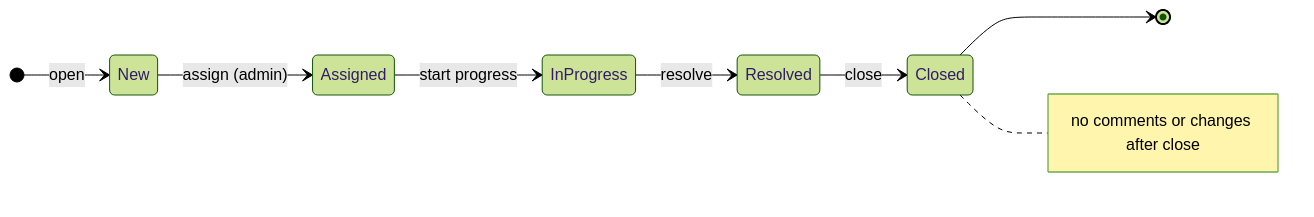
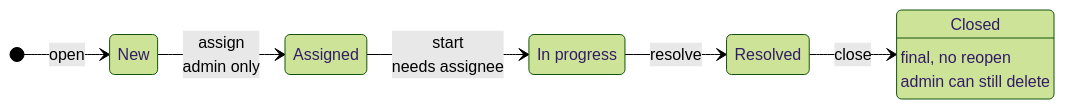
One commit to ismayilov449/LiveSync changed the eighth of 8 diagrams in README.md. Above: the diagram before and after it, drawn with Mermaid (forest theme). The commit also changed other lines of this file, not shown here.

First line of the commit message:
Redesign README diagrams for clarity and accuracy

````diff
--- a/README.md
+++ b/README.md
@@ -220,11 +391,13 @@
 ```mermaid
 stateDiagram-v2
     direction LR
-    [*] --> New: open
-    New --> Assigned: assign (admin)
-    Assigned --> InProgress: start progress
-    InProgress --> Resolved: resolve
-    Resolved --> Closed: close
-    Closed --> [*]
-    note right of Closed: no comments or changes after close
+    [*] --> New : open
+    New --> Assigned : assign<br/>admin only
+    Assigned --> InProgress : start<br/>needs assignee
+    InProgress --> Resolved : resolve
+    Resolved --> Closed : close
+    state "In progress" as InProgress
+    state "Closed" as Closed
+    Closed : final, no reopen
+    Closed : admin can still delete
 ```
````
